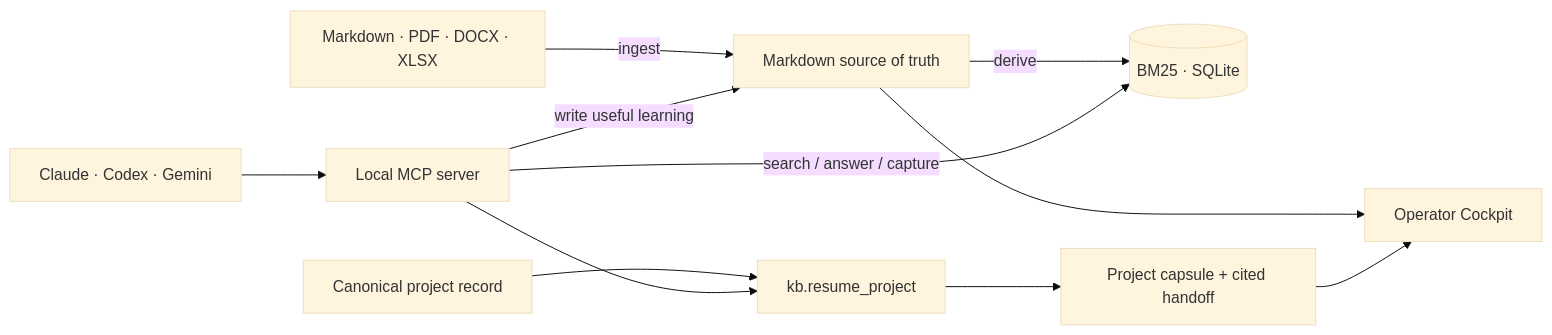
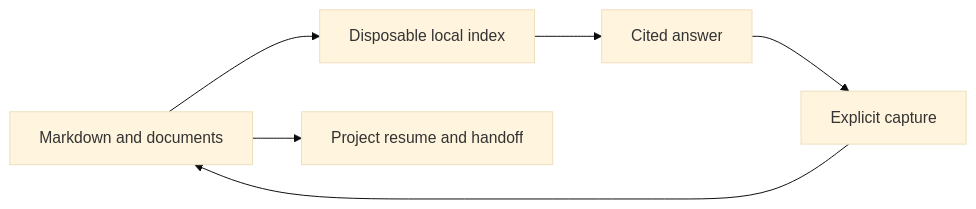
One commit to dimosgit/grounded-knowledge-engine changed the diagram in README.md. Above: the diagram before and after it, drawn with Mermaid (base theme). The commit also changed other lines of this file and 1 other file, not shown here.

````diff
--- a/README.md
+++ b/README.md
@@ -55,13 +70,8 @@
 ```mermaid
 flowchart LR
-    F[Markdown · PDF · DOCX · XLSX] -->|ingest| K[Markdown source of truth]
-    K -->|derive| I[(BM25 · SQLite)]
-    A[Claude · Codex · Gemini] --> M[Local MCP server]
-    M -->|search / answer / capture| I
-    M -->|write useful learning| K
-    P[Canonical project record] --> R[kb.resume_project]
-    M --> R
-    R --> C[Project capsule + cited handoff]
-    K --> O[Operator Cockpit]
-    C --> O
+    D[Markdown and documents] --> I[Disposable local index]
+    I --> A[Cited answer]
+    A --> C[Explicit capture]
+    C --> D
+    D --> R[Project resume and handoff]
 ```
````
